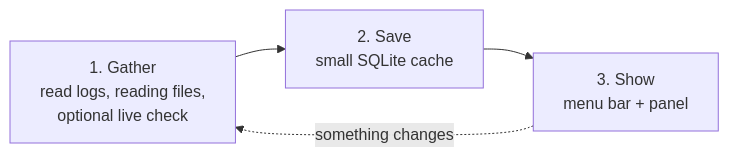
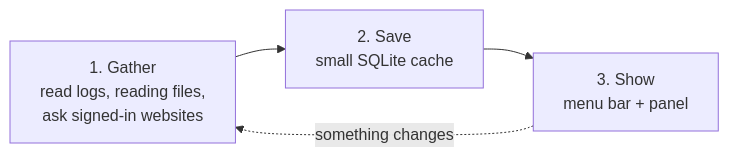
The first of 6 diagrams in docs/ARCHITECTURE.md (PrajwalSR/ai_usage_meter), drawn with Mermaid before and after one commit. The commit also changed other lines of this file and 29 other files, not shown here.

First line of the commit message:
Read both limits from the signed-in websites; colour the percentages

````diff
--- a/docs/ARCHITECTURE.md
+++ b/docs/ARCHITECTURE.md
@@ -9,5 +9,5 @@
 ```mermaid
 flowchart LR
-    G["1. Gather<br/>read logs, reading files,<br/>optional live check"] --> S["2. Save<br/>small SQLite cache"] --> D["3. Show<br/>menu bar + panel"]
+    G["1. Gather<br/>read logs, reading files,<br/>ask signed-in websites"] --> S["2. Save<br/>small SQLite cache"] --> D["3. Show<br/>menu bar + panel"]
     D -.->|"something changes"| G
 ```
````
